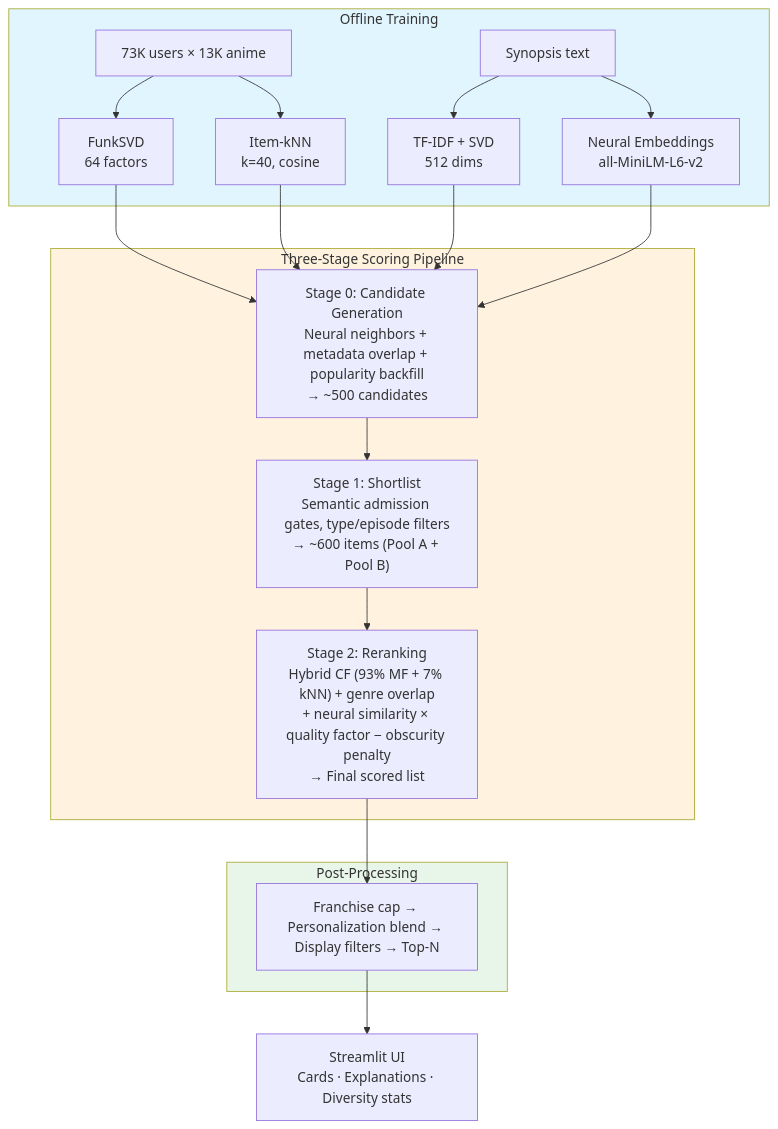
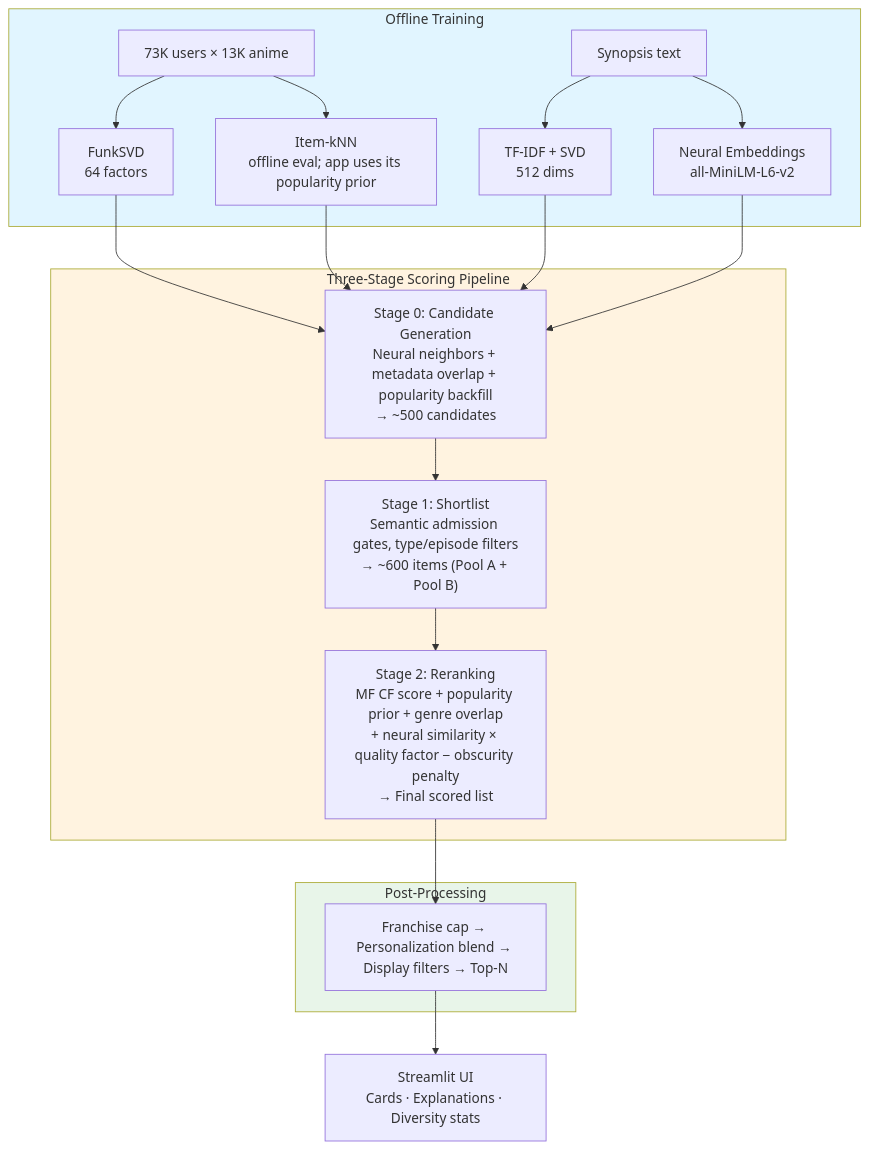
Before and after one commit to daedwards06/MyAnimeRecommendationSystem: the diagram in README.md, drawn with Mermaid. The commit also changed other lines of this file and 24 other files, not shown here.

````diff
--- a/README.md
+++ b/README.md
@@ -65,31 +75,31 @@
 ```mermaid
 graph TB
     subgraph Offline["Offline Training"]
         D1[73K users × 13K anime] --> M1[FunkSVD<br/>64 factors]
-        D1 --> M2[Item-kNN<br/>k=40, cosine]
+        D1 --> M2[Item-kNN<br/>offline eval; app uses its popularity prior]
         D2[Synopsis text] --> M3[TF-IDF + SVD<br/>512 dims]
         D2 --> M4[Neural Embeddings<br/>all-MiniLM-L6-v2]
     end
 
     subgraph Pipeline["Three-Stage Scoring Pipeline"]
         S0["Stage 0: Candidate Generation<br/>Neural neighbors + metadata overlap + popularity backfill<br/>→ ~500 candidates"]
         S1["Stage 1: Shortlist<br/>Semantic admission gates, type/episode filters<br/>→ ~600 items (Pool A + Pool B)"]
-        S2["Stage 2: Reranking<br/>Hybrid CF (93% MF + 7% kNN) + genre overlap<br/>+ neural similarity × quality factor − obscurity penalty<br/>→ Final scored list"]
+        S2["Stage 2: Reranking<br/>MF CF score + popularity prior + genre overlap<br/>+ neural similarity × quality factor − obscurity penalty<br/>→ Final scored list"]
     end
 
     subgraph Post["Post-Processing"]
         PP["Franchise cap → Personalization blend → Display filters → Top-N"]
     end
 
     M1 --> S0
     M2 --> S0
     M3 --> S0
     M4 --> S0
     S0 --> S1 --> S2 --> PP
 
     PP --> UI["Streamlit UI<br/>Cards · Explanations · Diversity stats"]
 
     style Offline fill:#e1f5ff
     style Pipeline fill:#fff3e0
     style Post fill:#e8f5e9
 ```
````
